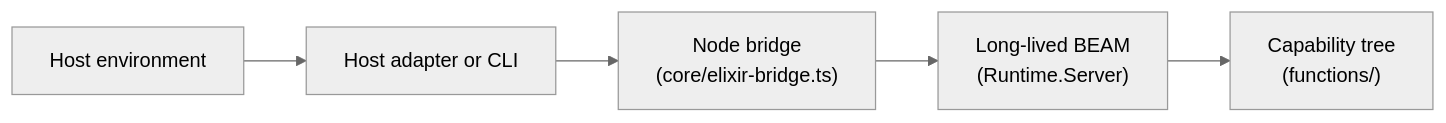
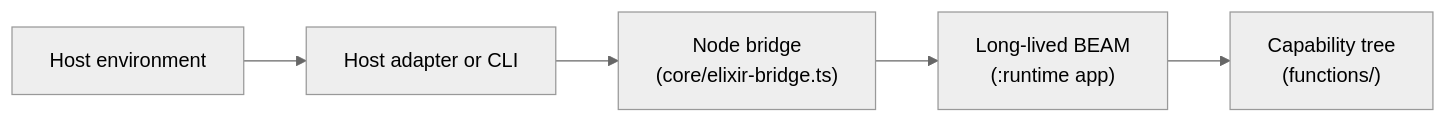
Before and after one commit to 0x1d/crucible: the diagram in README.md, drawn with Mermaid (neutral theme). The commit also changed 11 other files, not shown here.

````diff
--- a/README.md
+++ b/README.md
@@ -9,13 +9,13 @@
 ```mermaid
 flowchart LR
   Host["Host environment"]
   Adapter["Host adapter or CLI"]
   Bridge["Node bridge\n(core/elixir-bridge.ts)"]
-  Beam["Long-lived BEAM\n(Runtime.Server)"]
+  Beam["Long-lived BEAM\n(:runtime app)"]
   Tree["Capability tree\n(functions/)"]
 
   Host --> Adapter
   Adapter --> Bridge
   Bridge --> Beam
   Beam --> Tree
 ```
````
